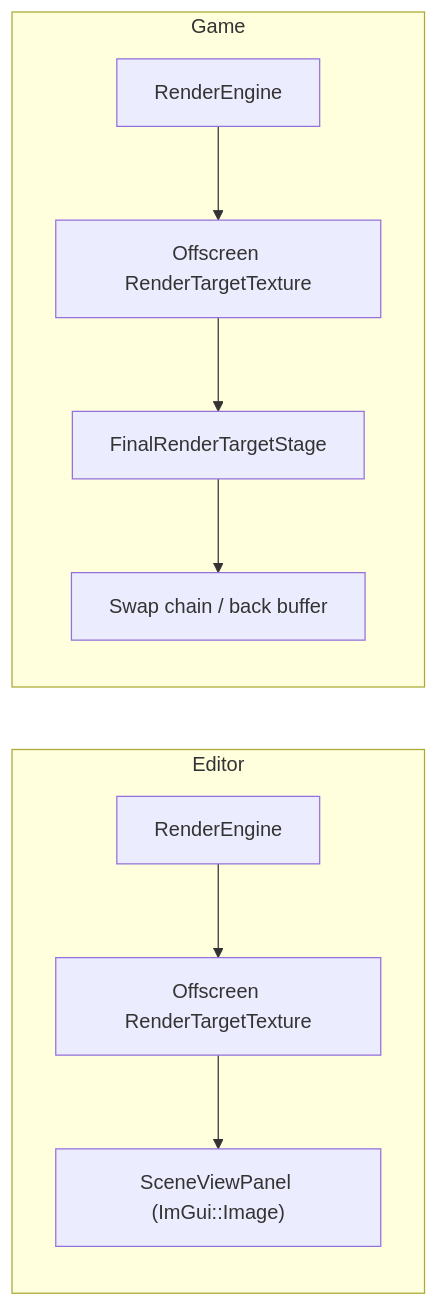
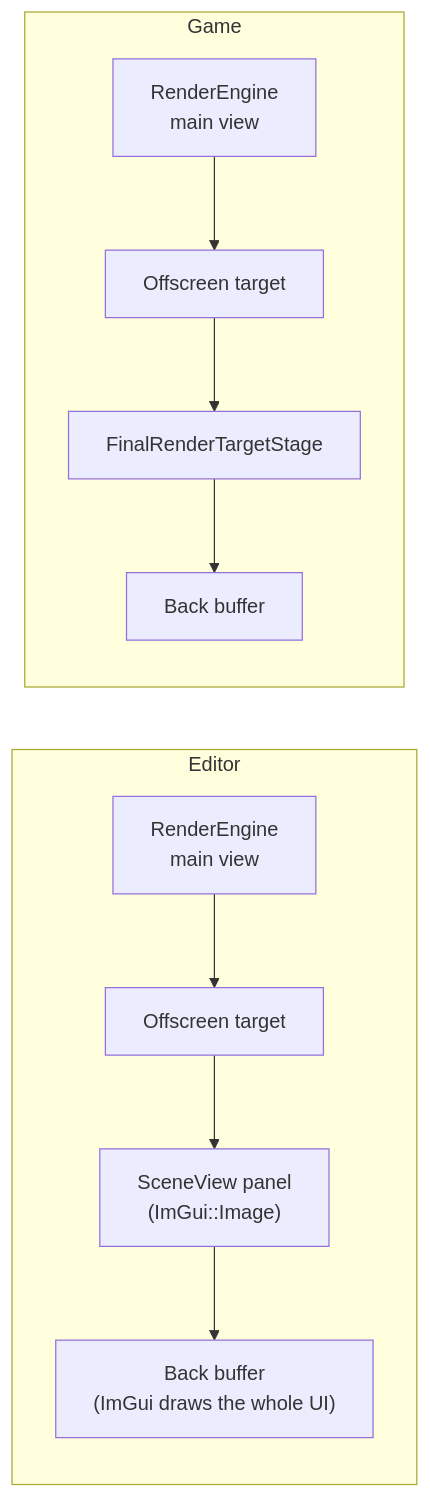
One commit to b1nary0/RZE changed the third of 3 diagrams in Docs/Generated/Engine/07-Editor/Editor-Overview.md. Above: the diagram before and after it, drawn with Mermaid. The commit also changed other lines of this file and 2 other files, not shown here.

````diff
--- a/Docs/Generated/Engine/07-Editor/Editor-Overview.md
+++ b/Docs/Generated/Engine/07-Editor/Editor-Overview.md
@@ -35,12 +94,13 @@
 ```mermaid
 flowchart LR
     subgraph Editor
-        E_RE[RenderEngine] --> E_RTT["Offscreen RenderTargetTexture"]
-        E_RTT --> E_Panel["SceneViewPanel (ImGui::Image)"]
+        E_RE["RenderEngine<br/>main view"] --> E_RTT["Offscreen target"]
+        E_RTT --> E_Panel["SceneView panel<br/>(ImGui::Image)"]
+        E_Panel --> E_BB["Back buffer<br/>(ImGui draws the whole UI)"]
     end
     subgraph Game
-        G_RE[RenderEngine] --> G_RTT["Offscreen RenderTargetTexture"]
+        G_RE["RenderEngine<br/>main view"] --> G_RTT["Offscreen target"]
         G_RTT --> G_Final["FinalRenderTargetStage"]
-        G_Final --> G_Present["Swap chain / back buffer"]
+        G_Final --> G_BB["Back buffer"]
     end
 ```
````
